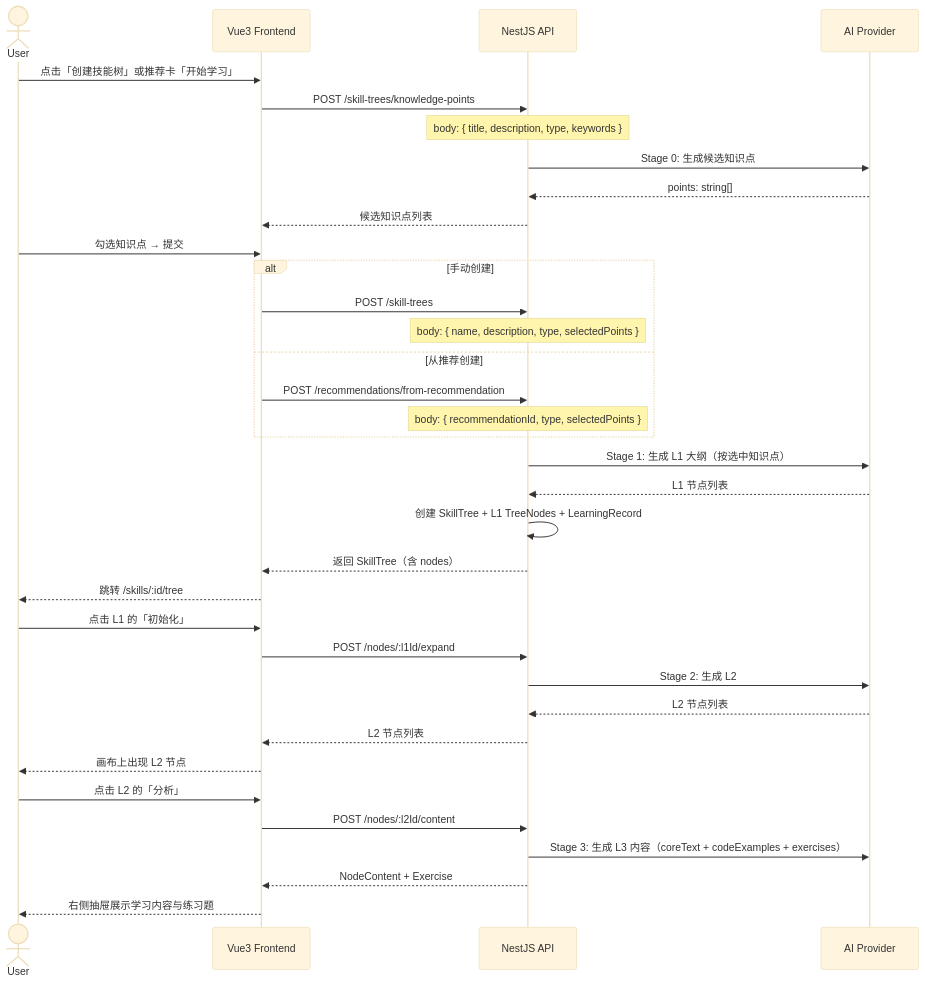
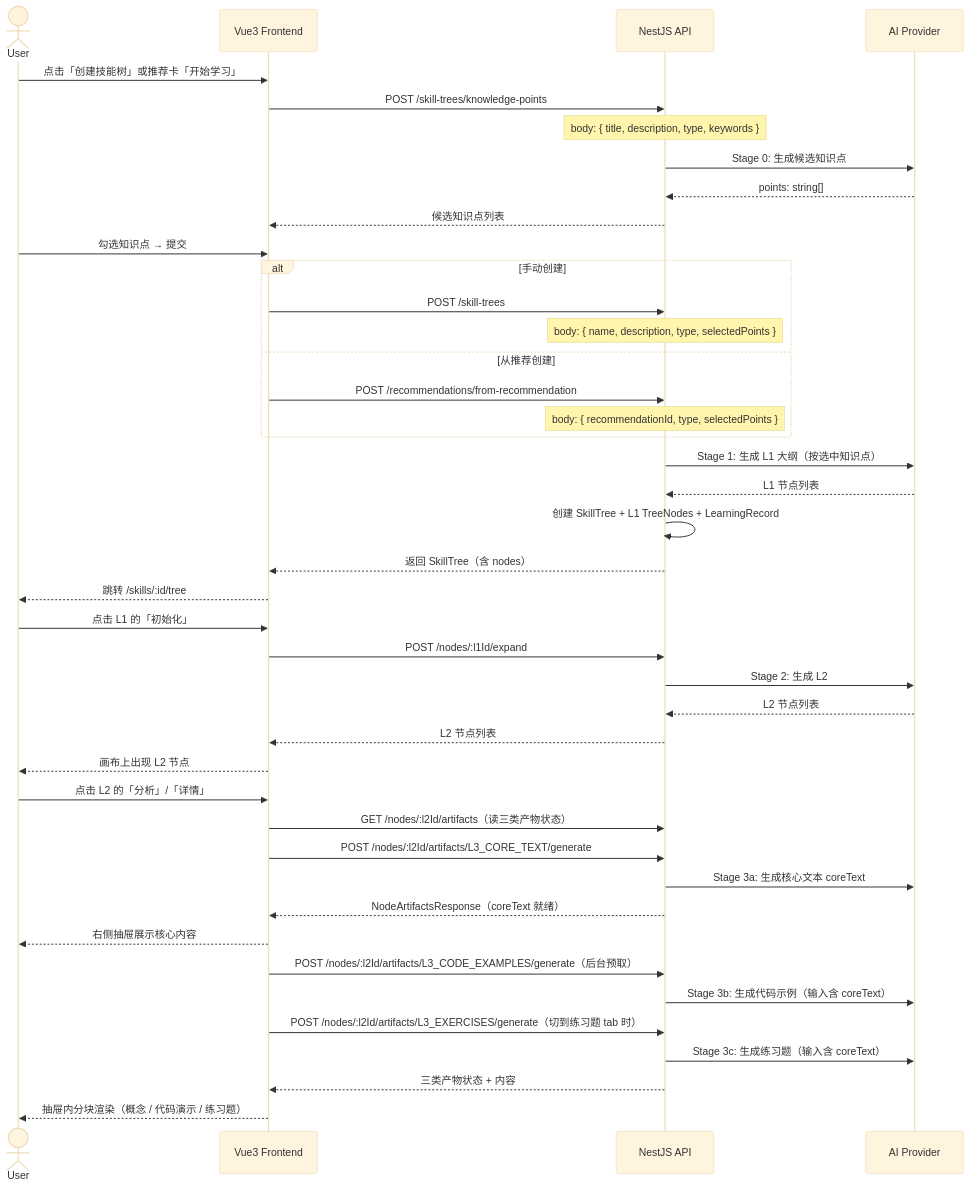
Before and after one commit to SatomiKazeHiro/cogin-tree: the seventh of 7 diagrams in docs/系统架构设计.md, drawn with Mermaid (base theme). The commit also changed other lines of this file and 1 other file, not shown here.

Commit message:
📃 docs: 按阶段 4 实现对齐 AGENTS.md 与系统架构设计文档（stage 拆分 / 产物接口 / 状态机）

````diff
--- a/docs/系统架构设计.md
+++ b/docs/系统架构设计.md
@@ -630,42 +656,49 @@
 ```mermaid
 sequenceDiagram
     actor User
     participant Web as Vue3 Frontend
     participant API as NestJS API
     participant AI as AI Provider
 
     User->>Web: 点击「创建技能树」或推荐卡「开始学习」
     Web->>API: POST /skill-trees/knowledge-points
     Note over API: body: { title, description, type, keywords }
     API->>AI: Stage 0: 生成候选知识点
     AI-->>API: points: string[]
     API-->>Web: 候选知识点列表
 
     User->>Web: 勾选知识点 → 提交
     alt 手动创建
         Web->>API: POST /skill-trees
         Note over API: body: { name, description, type, selectedPoints }
     else 从推荐创建
         Web->>API: POST /recommendations/from-recommendation
         Note over API: body: { recommendationId, type, selectedPoints }
     end
 
     API->>AI: Stage 1: 生成 L1 大纲（按选中知识点）
     AI-->>API: L1 节点列表
     API->>API: 创建 SkillTree + L1 TreeNodes + LearningRecord
     API-->>Web: 返回 SkillTree（含 nodes）
     Web-->>User: 跳转 /skills/:id/tree
 
     User->>Web: 点击 L1 的「初始化」
     Web->>API: POST /nodes/:l1Id/expand
     API->>AI: Stage 2: 生成 L2
     AI-->>API: L2 节点列表
     API-->>Web: L2 节点列表
     Web-->>User: 画布上出现 L2 节点
 
-    User->>Web: 点击 L2 的「分析」
-    Web->>API: POST /nodes/:l2Id/content
-    API->>AI: Stage 3: 生成 L3 内容（coreText + codeExamples + exercises）
-    API-->>Web: NodeContent + Exercise
-    Web-->>User: 右侧抽屉展示学习内容与练习题
+    User->>Web: 点击 L2 的「分析」/「详情」
+    Web->>API: GET /nodes/:l2Id/artifacts（读三类产物状态）
+    Web->>API: POST /nodes/:l2Id/artifacts/L3_CORE_TEXT/generate
+    API->>AI: Stage 3a: 生成核心文本 coreText
+    API-->>Web: NodeArtifactsResponse（coreText 就绪）
+    Web-->>User: 右侧抽屉展示核心内容
+    Web->>API: POST /nodes/:l2Id/artifacts/L3_CODE_EXAMPLES/generate（后台预取）
+    API->>AI: Stage 3b: 生成代码示例（输入含 coreText）
+    Web->>API: POST /nodes/:l2Id/artifacts/L3_EXERCISES/generate（切到练习题 tab 时）
+    API->>AI: Stage 3c: 生成练习题（输入含 coreText）
+    API-->>Web: 三类产物状态 + 内容
+    Web-->>User: 抽屉内分块渲染（概念 / 代码演示 / 练习题）
 ```
````
